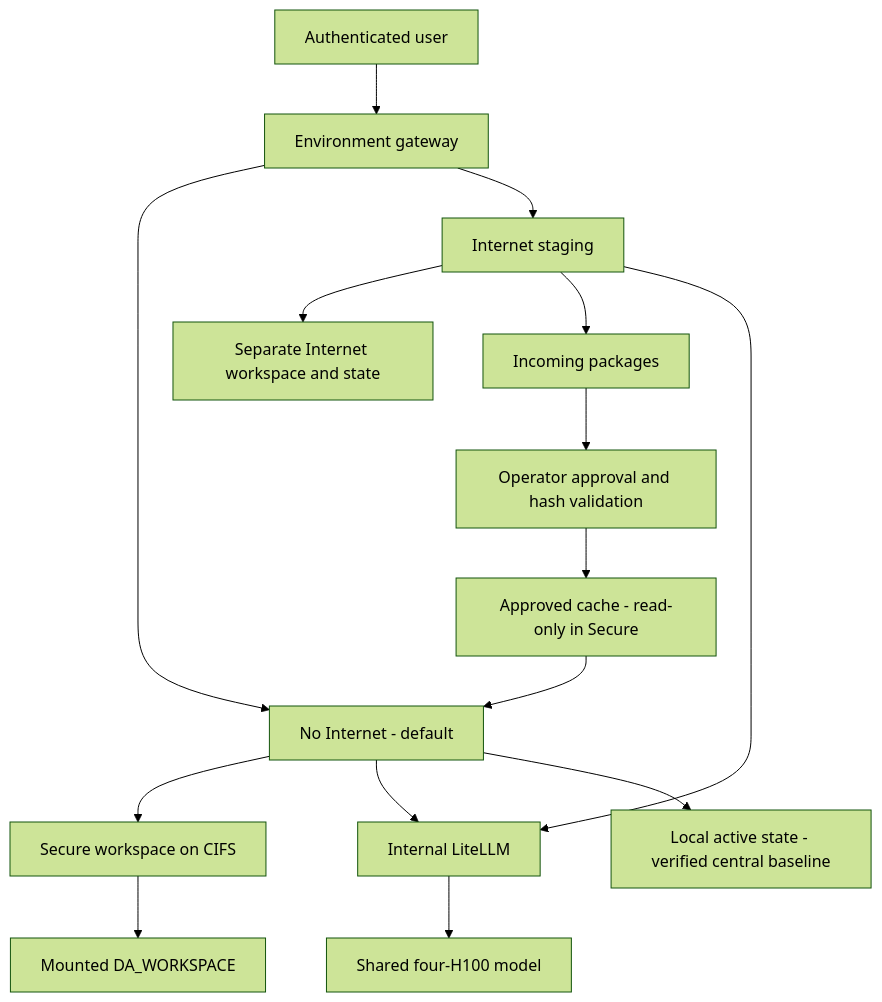
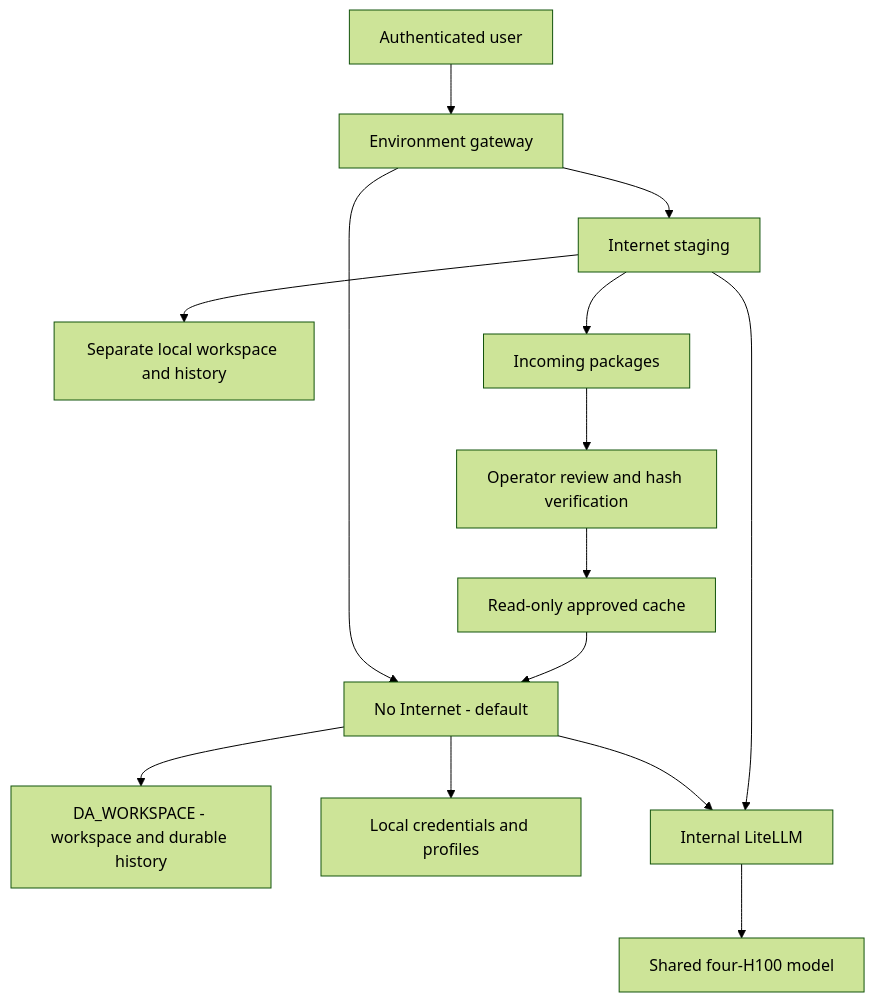
One commit to skunpoj/dsh_setup changed the diagram in README.md. Above: the diagram before and after it, drawn with Mermaid (forest theme). The commit also changed other lines of this file and 21 other files, not shown here.

Commit message:
Restore central durable state and repair legacy session workspaces

````diff
--- a/README.md
+++ b/README.md
@@ -29,17 +25,16 @@
 ```mermaid
 flowchart TB
  User[Authenticated user] --> Gateway[Environment gateway]
  Gateway --> Secure[No Internet - default]
  Gateway --> Internet[Internet staging]
- Secure --> Private[Secure workspace on CIFS]
- Internet --> Staging[Separate Internet workspace and state]
+ Secure --> Central[DA_WORKSPACE - workspace and durable history]
+ Secure --> Config[Local credentials and profiles]
+ Internet --> Local[Separate local workspace and history]
+ Secure --> L[Internal LiteLLM]
+ Internet --> L
+ L --> GPU[Shared four-H100 model]
  Internet --> Incoming[Incoming packages]
- Incoming --> Review[Operator approval and hash validation]
- Review --> Approved[Approved cache - read-only in Secure]
+ Incoming --> Review[Operator review and hash verification]
+ Review --> Approved[Read-only approved cache]
  Approved --> Secure
- Secure --> LiteLLM[Internal LiteLLM]
- Internet --> LiteLLM
- LiteLLM --> GPU[Shared four-H100 model]
- Private --> DA[Mounted DA_WORKSPACE]
- Secure --> State[Local active state - verified central baseline]
 ```
````
